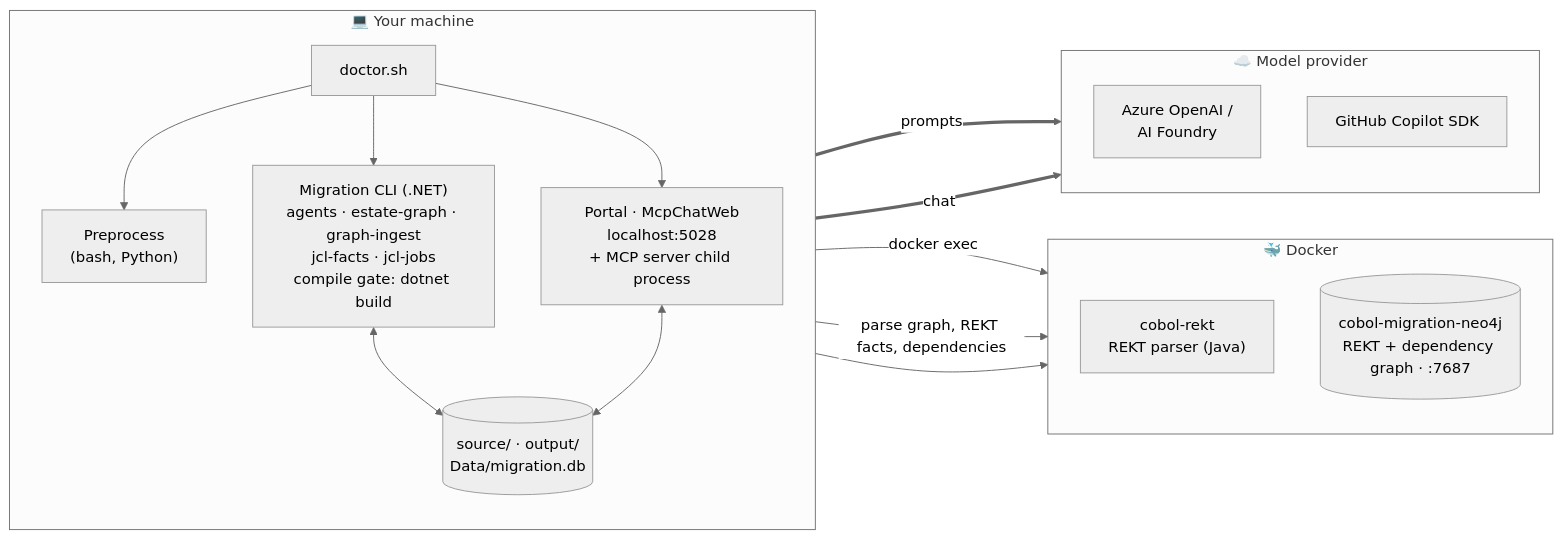
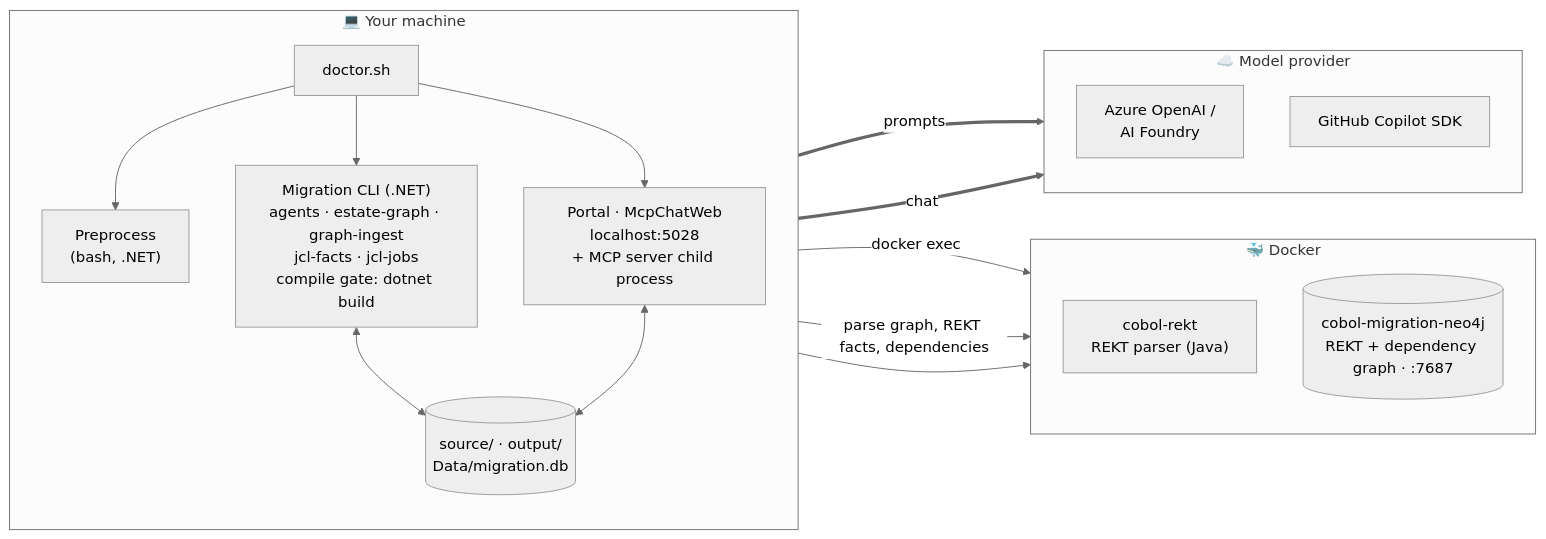
Before and after one commit to Azure-Samples/Legacy-Modernization-Agents: the second of 9 diagrams in README.md, drawn with Mermaid (neutral theme). The commit also changed 60 other files, not shown here.

````diff
--- a/README.md
+++ b/README.md
@@ -150,34 +150,34 @@
 ```mermaid
 flowchart LR
     subgraph HOST["💻 Your machine"]
         direction TB
         DOCTOR["doctor.sh"]
         CLI["Migration CLI (.NET)<br/>agents · estate-graph · graph-ingest<br/>jcl-facts · jcl-jobs<br/>compile gate: dotnet build"]
         WEB["Portal · McpChatWeb<br/>localhost:5028<br/>+ MCP server child process"]
-        PRE["Preprocess<br/>(bash, Python)"]
+        PRE["Preprocess<br/>(bash, .NET)"]
         FILES[("source/ · output/<br/>Data/migration.db")]
         DOCTOR --> PRE
         DOCTOR --> CLI
         DOCTOR --> WEB
     end
 
     subgraph DOCKER["🐳 Docker"]
         direction TB
         REKT["cobol-rekt<br/>REKT parser (Java)"]
         NEO[("cobol-migration-neo4j<br/>REKT + dependency graph · :7687")]
     end
 
     subgraph CLOUD["☁️ Model provider"]
         direction TB
         AOAI["Azure OpenAI /<br/>AI Foundry"]
         GHCP["GitHub Copilot SDK"]
     end
 
     PRE -->|docker exec| REKT
     CLI <--> FILES
     CLI -->|parse graph, REKT facts, dependencies| NEO
     WEB <--> FILES
     WEB --> NEO
     CLI ==>|prompts| CLOUD
     WEB ==>|chat| CLOUD
 ```
````
